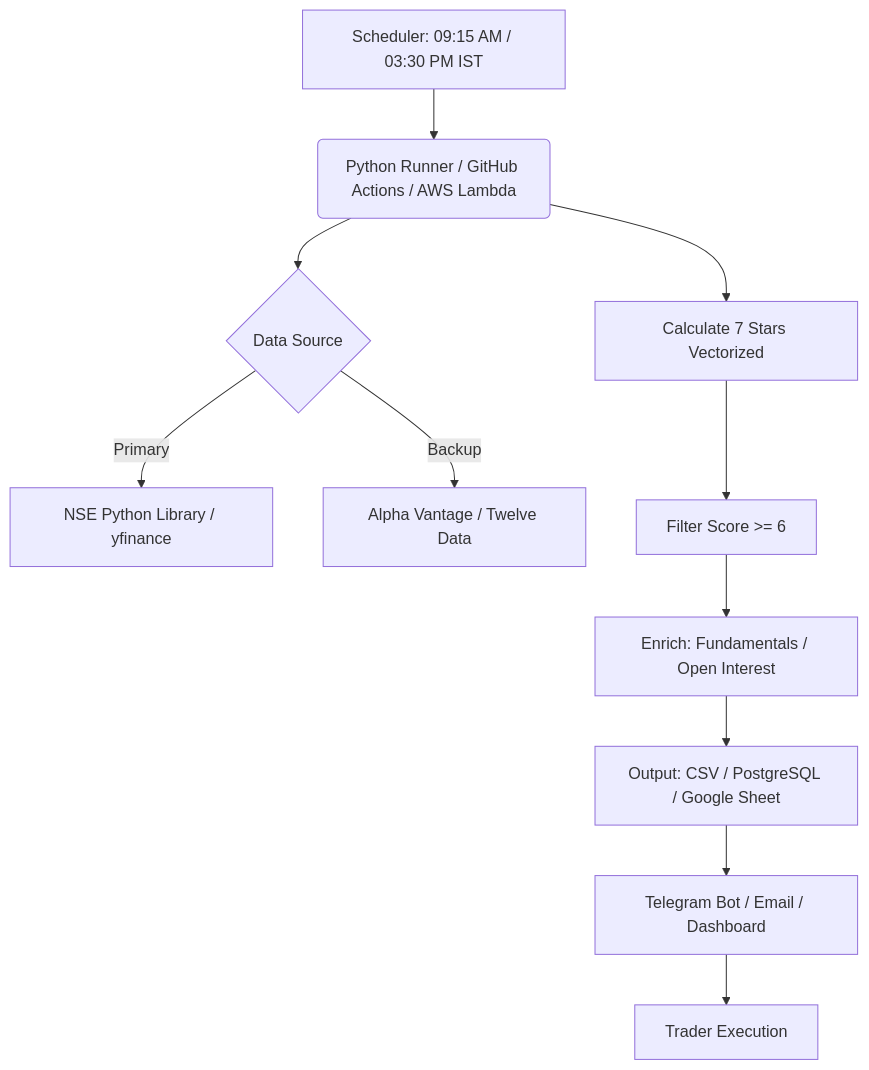
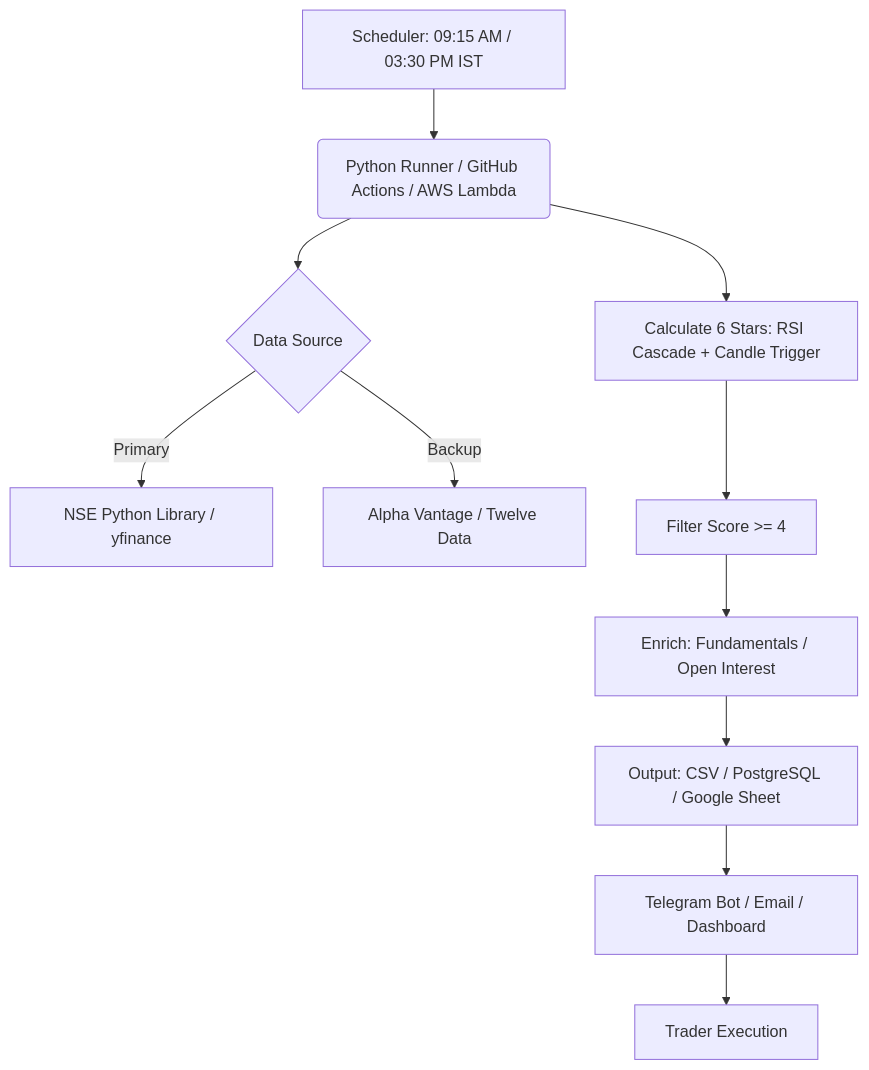
One commit to tuattamainbatata/test24 changed the diagram in malkan-7star-prd/docs/ARCHITECTURE.md. Above: the diagram before and after it, drawn with Mermaid. The commit also changed 7 other files, not shown here.

````diff
--- a/malkan-7star-prd/docs/ARCHITECTURE.md
+++ b/malkan-7star-prd/docs/ARCHITECTURE.md
@@ -3,13 +3,13 @@
 ```mermaid
 graph TD
     A[Scheduler: 09:15 AM / 03:30 PM IST] --> B(Python Runner / GitHub Actions / AWS Lambda)
     B --> C{Data Source}
     C -->|Primary| D[NSE Python Library / yfinance]
     C -->|Backup| E[Alpha Vantage / Twelve Data]
-    B --> F[Calculate 7 Stars Vectorized]
-    F --> G[Filter Score >= 6]
+    B --> F[Calculate 6 Stars: RSI Cascade + Candle Trigger]
+    F --> G[Filter Score >= 4]
     G --> H[Enrich: Fundamentals / Open Interest]
     H --> I[Output: CSV / PostgreSQL / Google Sheet]
     I --> J[Telegram Bot / Email / Dashboard]
     J --> K[Trader Execution]
 ```
````
